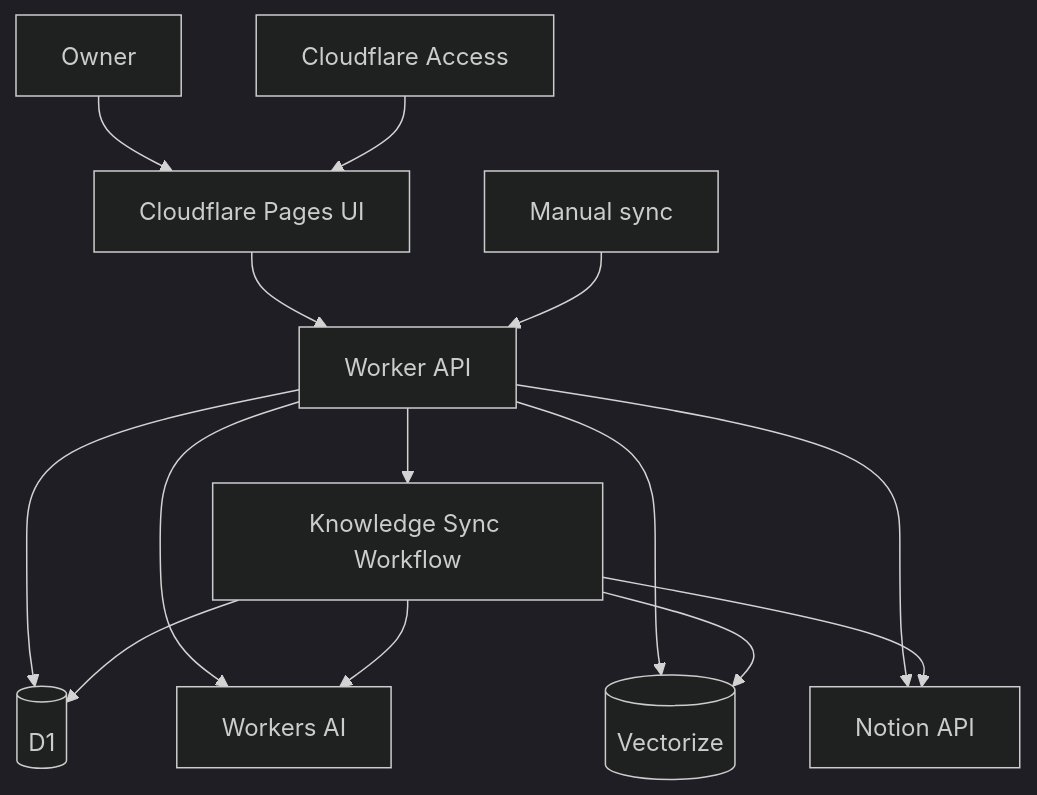
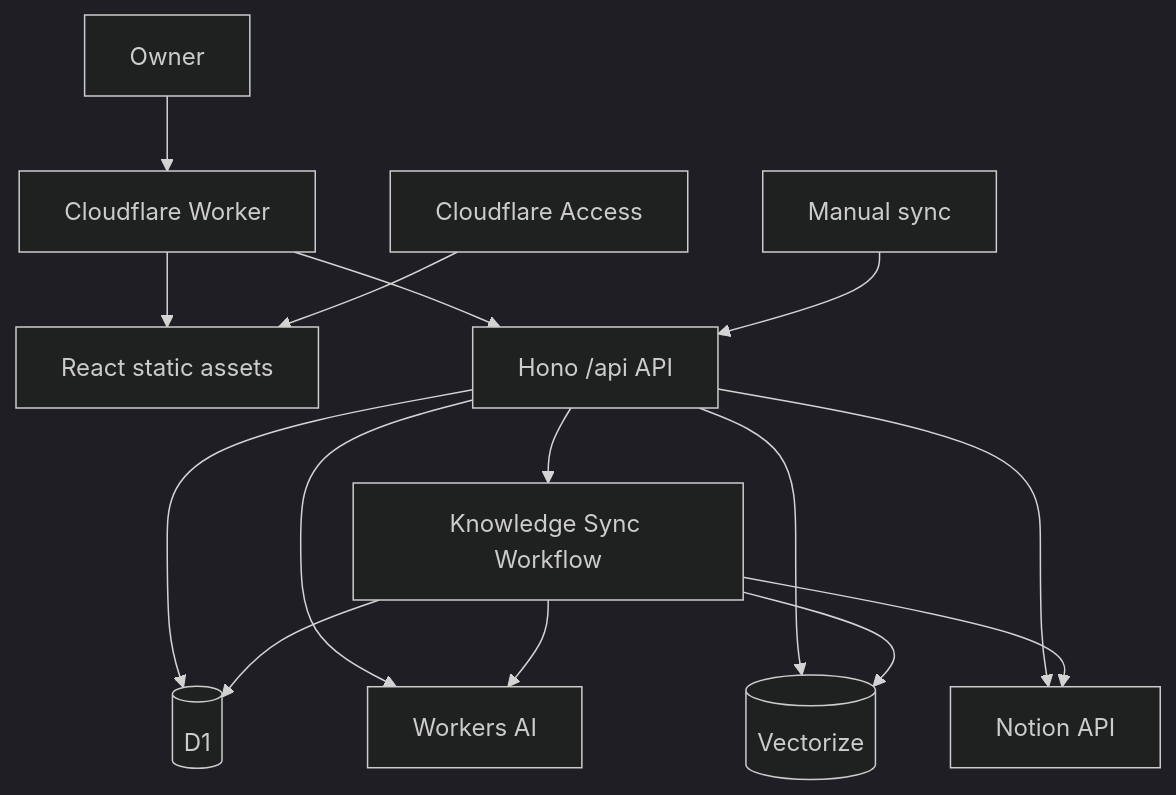
Before and after one commit to avomar/engineering-knowledge-gardner: the first of 4 diagrams in PLAN.md, drawn with Mermaid (dark theme). The commit also changed other lines of this file and 34 other files, not shown here.

````diff
--- a/PLAN.md
+++ b/PLAN.md
@@ -62,19 +61,20 @@
 ```mermaid
 flowchart TD
-    U[Owner] --> P[Cloudflare Pages UI]
-    P --> API[Worker API]
+    U[Owner] --> W[Cloudflare Worker]
+    W --> P[React static assets]
+    W --> API[Hono /api API]
 
     API --> DB[(D1)]
     API --> AI[Workers AI]
     API --> V[(Vectorize)]
     API --> N[Notion API]
 
     S[Manual sync] --> API
     API --> WF[Knowledge Sync Workflow]
     WF --> N
     WF --> AI
     WF --> DB
     WF --> V
 
     A[Cloudflare Access] --> P
 ```
````
